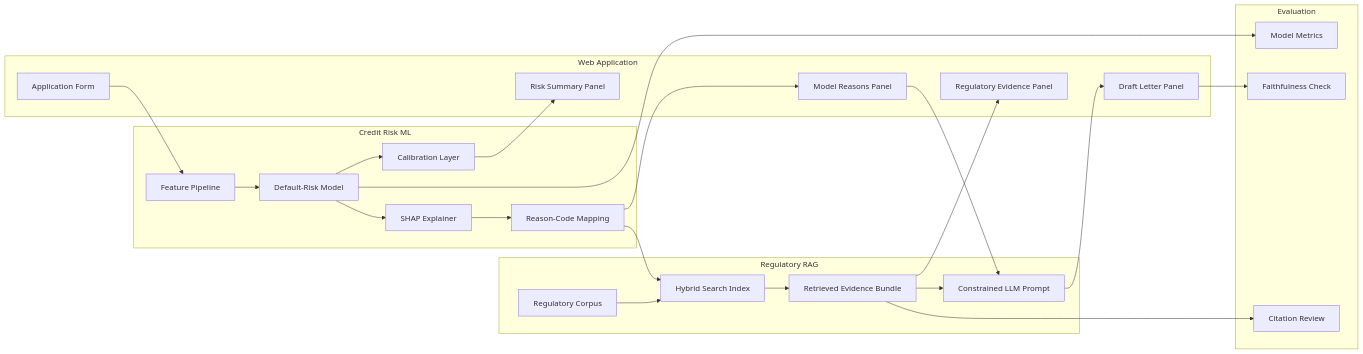
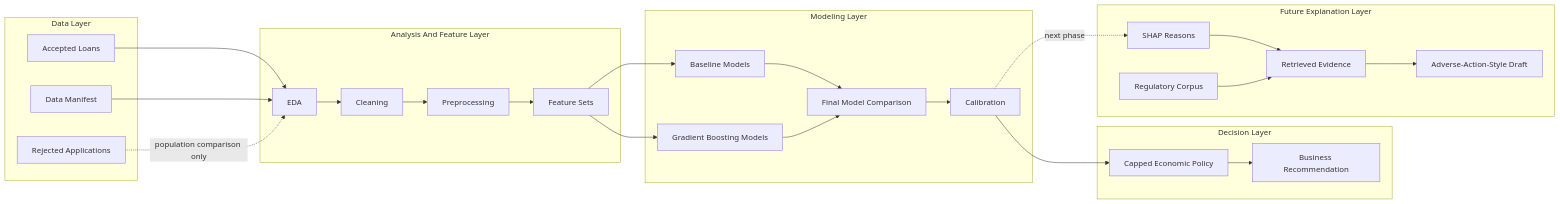
The third of 3 diagrams in README.md (lindaperez/CreditRiskRAG), drawn with Mermaid before and after one commit. The commit also changed other lines of this file and 60 other files, not shown here.

Commit message:
Ready as a research/prototype decision-support workflow for accepted loans

````diff
--- a/README.md
+++ b/README.md
@@ -136,41 +126,44 @@
 ```mermaid
 flowchart LR
-    subgraph UI[Web Application]
-        A[Application Form]
-        B[Risk Summary Panel]
-        C[Model Reasons Panel]
-        D[Regulatory Evidence Panel]
-        E[Draft Letter Panel]
+    subgraph Data[Data Layer]
+        A[Accepted Loans]
+        B[Rejected Applications]
+        C[Data Manifest]
     end
 
-    subgraph ML[Credit Risk ML]
-        F[Feature Pipeline]
-        G[Default-Risk Model]
-        H[Calibration Layer]
-        I[SHAP Explainer]
-        J[Reason-Code Mapping]
+    subgraph Prep[Analysis And Feature Layer]
+        D[EDA]
+        E[Cleaning]
+        F[Preprocessing]
+        G[Feature Sets]
     end
 
-    subgraph RAG[Regulatory RAG]
-        K[Regulatory Corpus]
-        L[Hybrid Search Index]
-        M[Retrieved Evidence Bundle]
-        N[Constrained LLM Prompt]
+    subgraph ML[Modeling Layer]
+        H[Baseline Models]
+        I[Gradient Boosting Models]
+        J[Calibration]
+        K[Final Model Comparison]
     end
 
-    subgraph Eval[Evaluation]
-        O[Model Metrics]
-        P[Faithfulness Check]
-        Q[Citation Review]
+    subgraph Policy[Decision Layer]
+        L[Capped Economic Policy]
+        M[Business Recommendation]
     end
 
-    A --> F --> G --> H --> B
-    G --> I --> J --> C
-    J --> L
-    K --> L --> M --> D
-    C --> N
-    M --> N --> E
-    G --> O
-    E --> P
-    M --> Q
+    subgraph RAG[Future Explanation Layer]
+        N[SHAP Reasons]
+        O[Regulatory Corpus]
+        P[Retrieved Evidence]
+        Q[Adverse-Action-Style Draft]
+    end
+
+    A --> D --> E --> F --> G
+    C --> D
+    B -.->|population comparison only| D
+    G --> H --> K
+    G --> I --> K
+    K --> J --> L --> M
+    J -.->|next phase| N
+    N --> P
+    O --> P --> Q
 ```
````
